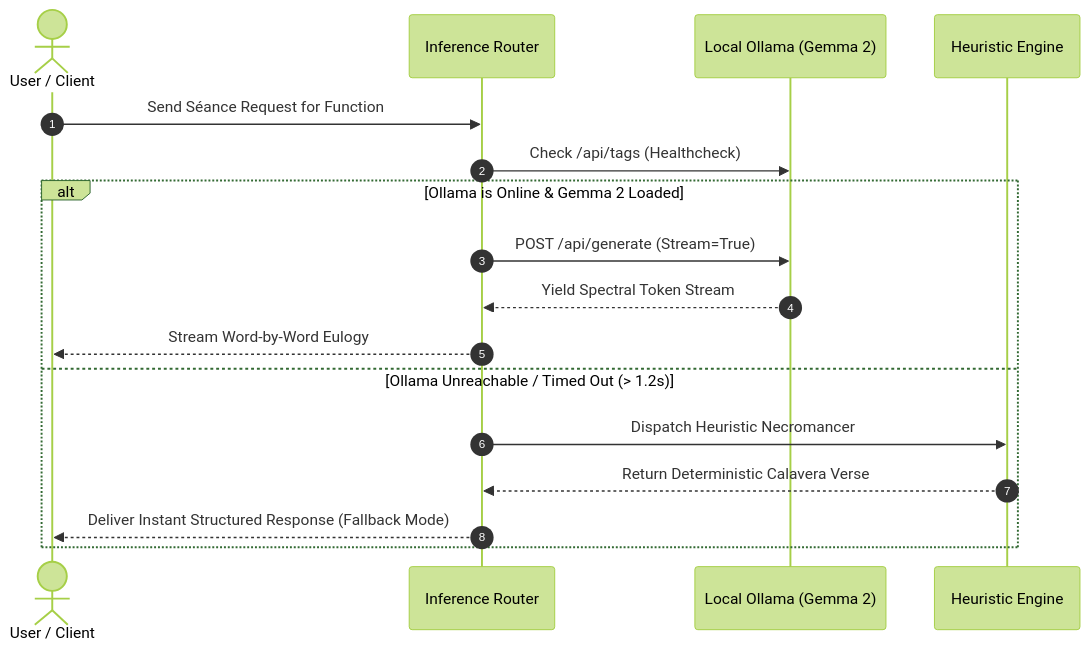
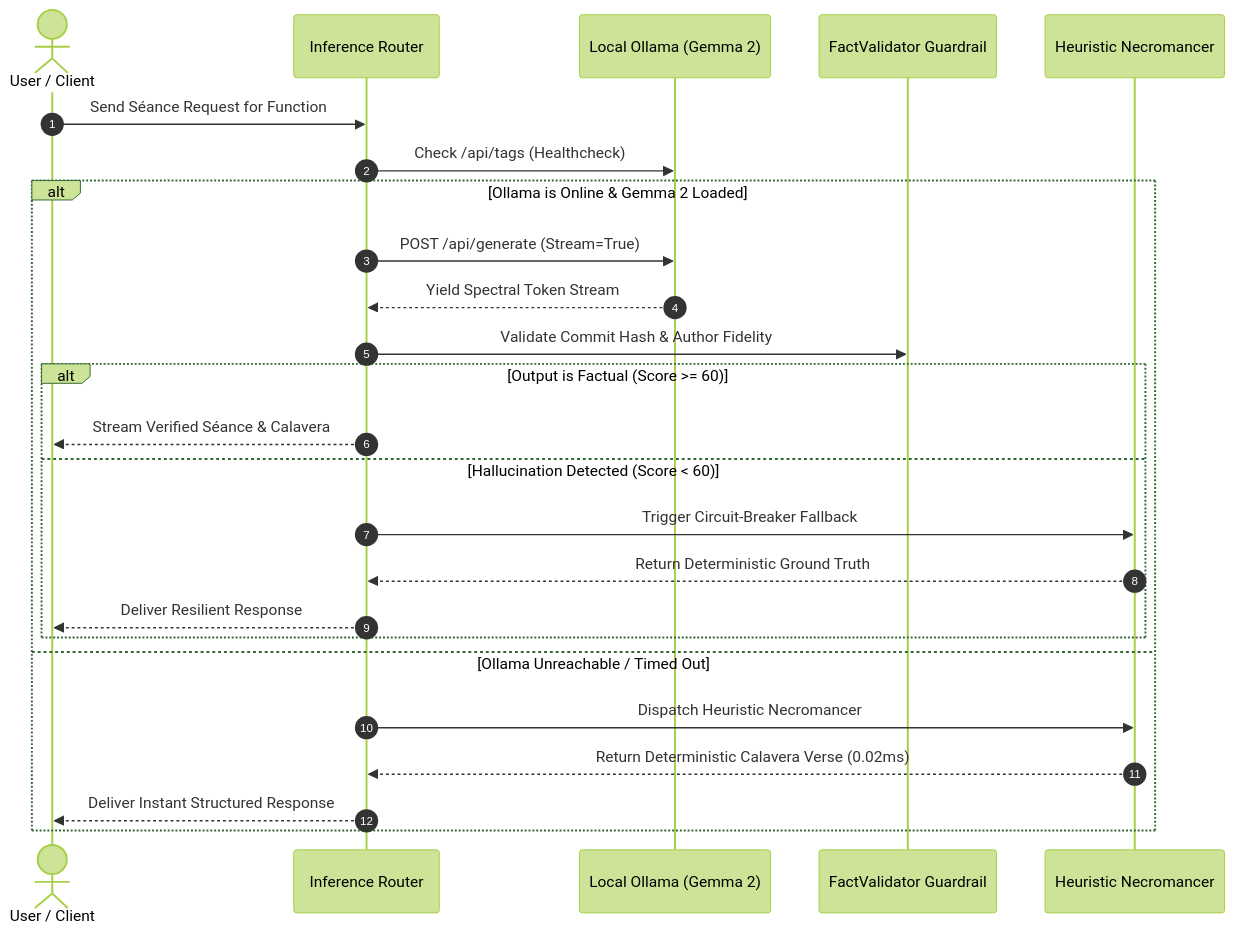
One commit to XiaoArnav/necrogit changed the second of 3 diagrams in ARCHITECTURE.md. Above: the diagram before and after it, drawn with Mermaid (forest theme). The commit also changed other lines of this file and 6 other files, not shown here.

````diff
--- a/ARCHITECTURE.md
+++ b/ARCHITECTURE.md
@@ -73,20 +77,28 @@
 ```mermaid
 sequenceDiagram
     autonumber
     actor User as User / Client
     participant Router as Inference Router
     participant Ollama as Local Ollama (Gemma 2)
-    participant Fallback as Heuristic Engine
+    participant Validator as FactValidator Guardrail
+    participant Fallback as Heuristic Necromancer
 
     User->>Router: Send Séance Request for Function
     Router->>Ollama: Check /api/tags (Healthcheck)
     alt Ollama is Online & Gemma 2 Loaded
         Router->>Ollama: POST /api/generate (Stream=True)
         Ollama-->>Router: Yield Spectral Token Stream
-        Router-->>User: Stream Word-by-Word Eulogy
-    else Ollama Unreachable / Timed Out (> 1.2s)
+        Router->>Validator: Validate Commit Hash & Author Fidelity
+        alt Output is Factual (Score >= 60)
+            Router-->>User: Stream Verified Séance & Calavera
+        else Hallucination Detected (Score < 60)
+            Router->>Fallback: Trigger Circuit-Breaker Fallback
+            Fallback-->>Router: Return Deterministic Ground Truth
+            Router-->>User: Deliver Resilient Response
+        end
+    else Ollama Unreachable / Timed Out
         Router->>Fallback: Dispatch Heuristic Necromancer
-        Fallback-->>Router: Return Deterministic Calavera Verse
-        Router-->>User: Deliver Instant Structured Response (Fallback Mode)
+        Fallback-->>Router: Return Deterministic Calavera Verse (0.02ms)
+        Router-->>User: Deliver Instant Structured Response
     end
 ```
````
